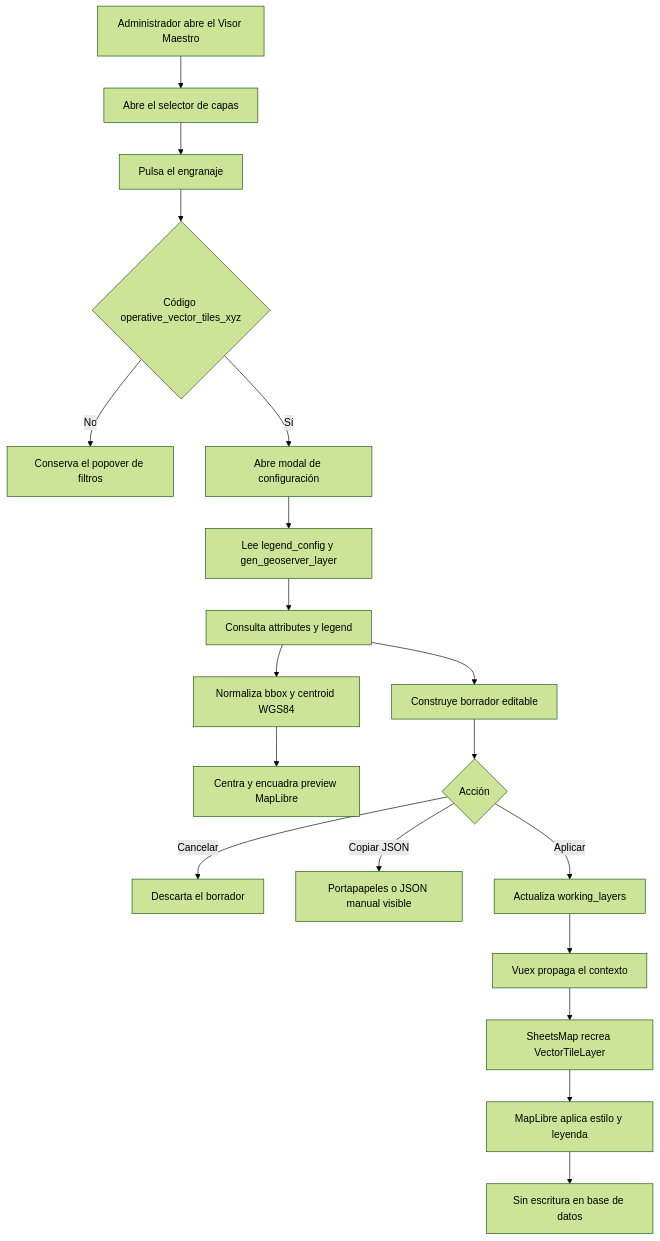
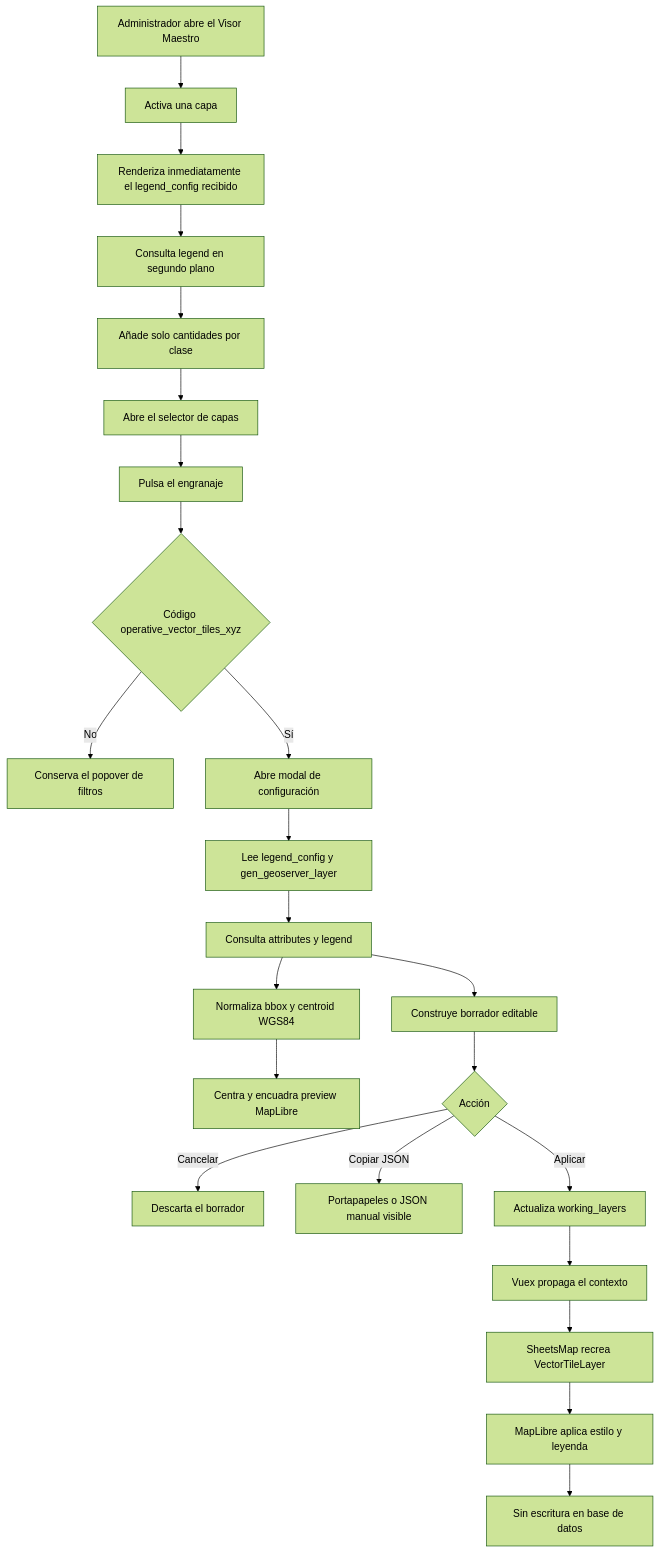
Before and after one commit to CoderhubSpA/sheets_map: the diagram in docs/configuracion-simbologia-vector-tiles.md, drawn with Mermaid (forest theme). The commit also changed other lines of this file and 4 other files, not shown here.

````diff
--- a/docs/configuracion-simbologia-vector-tiles.md
+++ b/docs/configuracion-simbologia-vector-tiles.md
@@ -43,21 +43,25 @@
 ```mermaid
 flowchart TD
-    A[Administrador abre el Visor Maestro] --> B[Abre el selector de capas]
+    A[Administrador abre el Visor Maestro] --> A1[Activa una capa]
+    A1 --> A2[Renderiza inmediatamente el legend_config recibido]
+    A2 --> A3[Consulta legend en segundo plano]
+    A3 --> A4[Añade solo cantidades por clase]
+    A4 --> B[Abre el selector de capas]
     B --> C[Pulsa el engranaje]
     C --> D{Código operative_vector_tiles_xyz}
     D -- No --> E[Conserva el popover de filtros]
     D -- Sí --> F[Abre modal de configuración]
     F --> G[Lee legend_config y gen_geoserver_layer]
     G --> H[Consulta attributes y legend]
     H --> R[Normaliza bbox y centroid WGS84]
     R --> S[Centra y encuadra preview MapLibre]
     H --> I[Construye borrador editable]
     I --> J{Acción}
     J -- Cancelar --> K[Descarta el borrador]
     J -- Copiar JSON --> L[Portapapeles o JSON manual visible]
     J -- Aplicar --> M[Actualiza working_layers]
     M --> N[Vuex propaga el contexto]
     N --> O[SheetsMap recrea VectorTileLayer]
     O --> P[MapLibre aplica estilo y leyenda]
     P --> Q[Sin escritura en base de datos]
 ```
````
